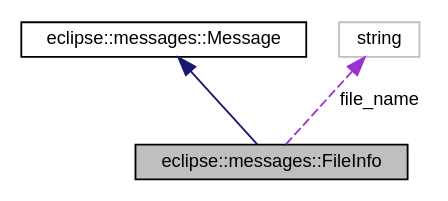
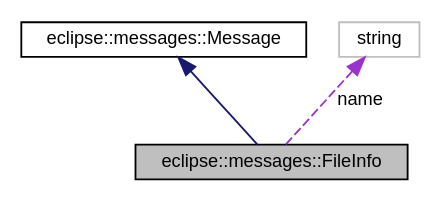
The diagram in structeclipse_1_1messages_1_1FileInfo__coll__graph.dot (DICL/VeloxDFS), drawn with Graphviz before and after one commit. The commit also changed 156 other files, not shown here.

```diff
--- a/structeclipse_1_1messages_1_1FileInfo__coll__graph.dot
+++ b/structeclipse_1_1messages_1_1FileInfo__coll__graph.dot
@@ -1,10 +1,10 @@
 digraph G
 {
   edge [fontname="Helvetica",fontsize="10",labelfontname="Helvetica",labelfontsize="10"];
   node [fontname="Helvetica",fontsize="10",shape=record];
   Node1 [label="eclipse::messages::FileInfo",height=0.2,width=0.4,color="black", fillcolor="grey75", style="filled" fontcolor="black"];
   Node2 -> Node1 [dir="back",color="midnightblue",fontsize="10",style="solid",fontname="Helvetica"];
   Node2 [label="eclipse::messages::Message",height=0.2,width=0.4,color="black", fillcolor="white", style="filled",URL="$structeclipse_1_1messages_1_1Message.html"];
-  Node3 -> Node1 [dir="back",color="darkorchid3",fontsize="10",style="dashed",label=" file_name" ,fontname="Helvetica"];
+  Node3 -> Node1 [dir="back",color="darkorchid3",fontsize="10",style="dashed",label=" name" ,fontname="Helvetica"];
   Node3 [label="string",height=0.2,width=0.4,color="grey75", fillcolor="white", style="filled"];
 }
```
